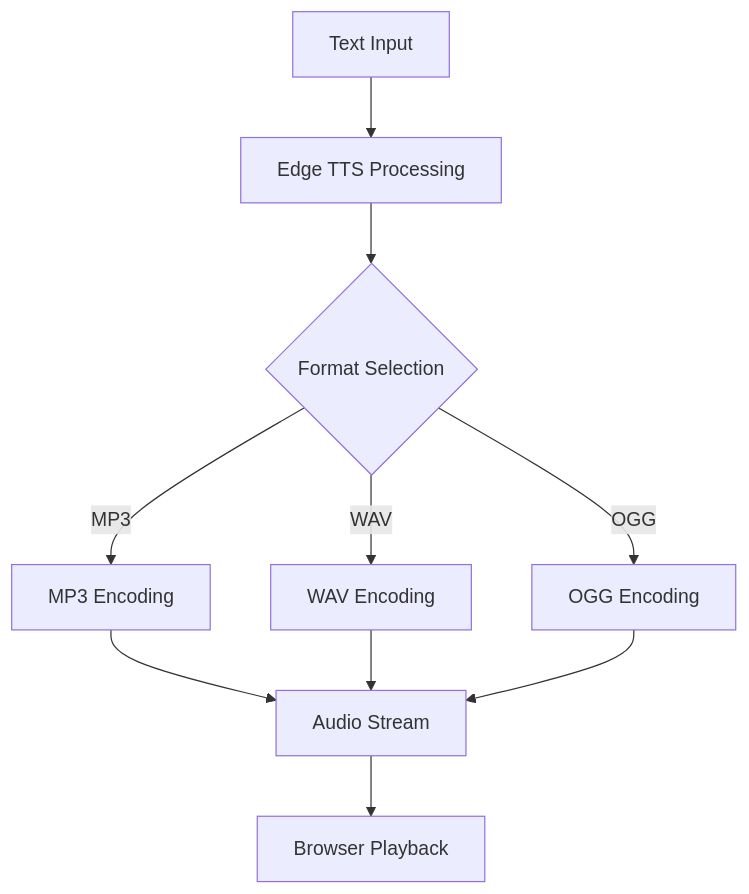
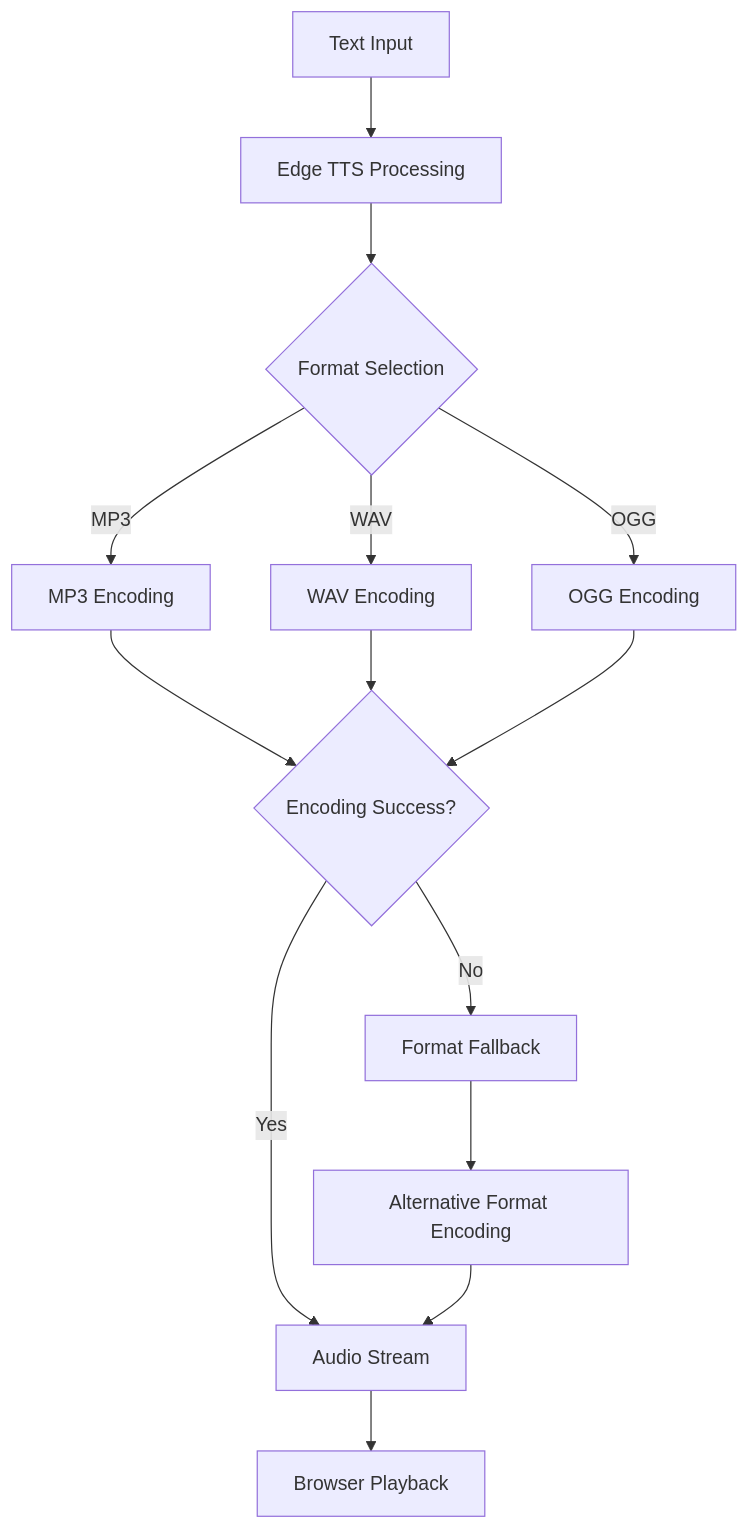
The third of 4 diagrams in .qoder/repowiki/en/content/Core Features/Text-to-Speech Integration.md (zmyeo54/briefroom), drawn with Mermaid before and after one commit. The commit also changed other lines of this file and 7 other files, not shown here.

````diff
--- a/.qoder/repowiki/en/content/Core Features/Text-to-Speech Integration.md
+++ b/.qoder/repowiki/en/content/Core Features/Text-to-Speech Integration.md
@@ -326,12 +364,16 @@
 ```mermaid
 flowchart TD
 A[Text Input] --> B[Edge TTS Processing]
 B --> C{Format Selection}
 C --> |MP3| D[MP3 Encoding]
 C --> |WAV| E[WAV Encoding]
 C --> |OGG| F[OGG Encoding]
-D --> G[Audio Stream]
+D --> G{Encoding Success?}
 E --> G
 F --> G
-G --> H[Browser Playback]
+G --> |Yes| H[Audio Stream]
+G --> |No| I[Format Fallback]
+I --> J[Alternative Format Encoding]
+J --> H
+H --> K[Browser Playback]
 ```
````
